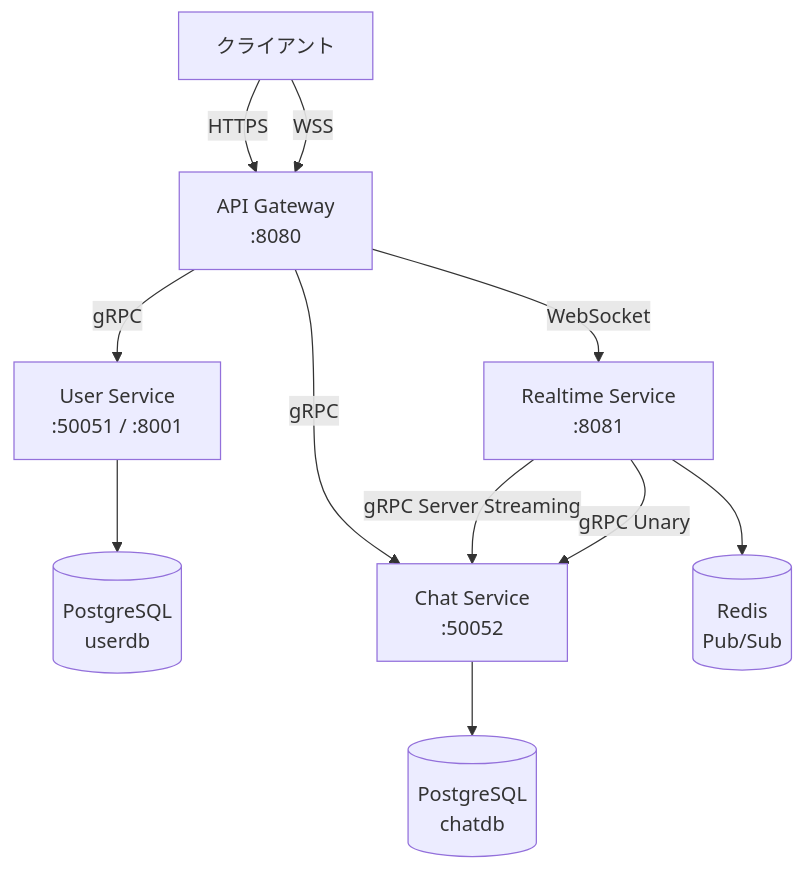
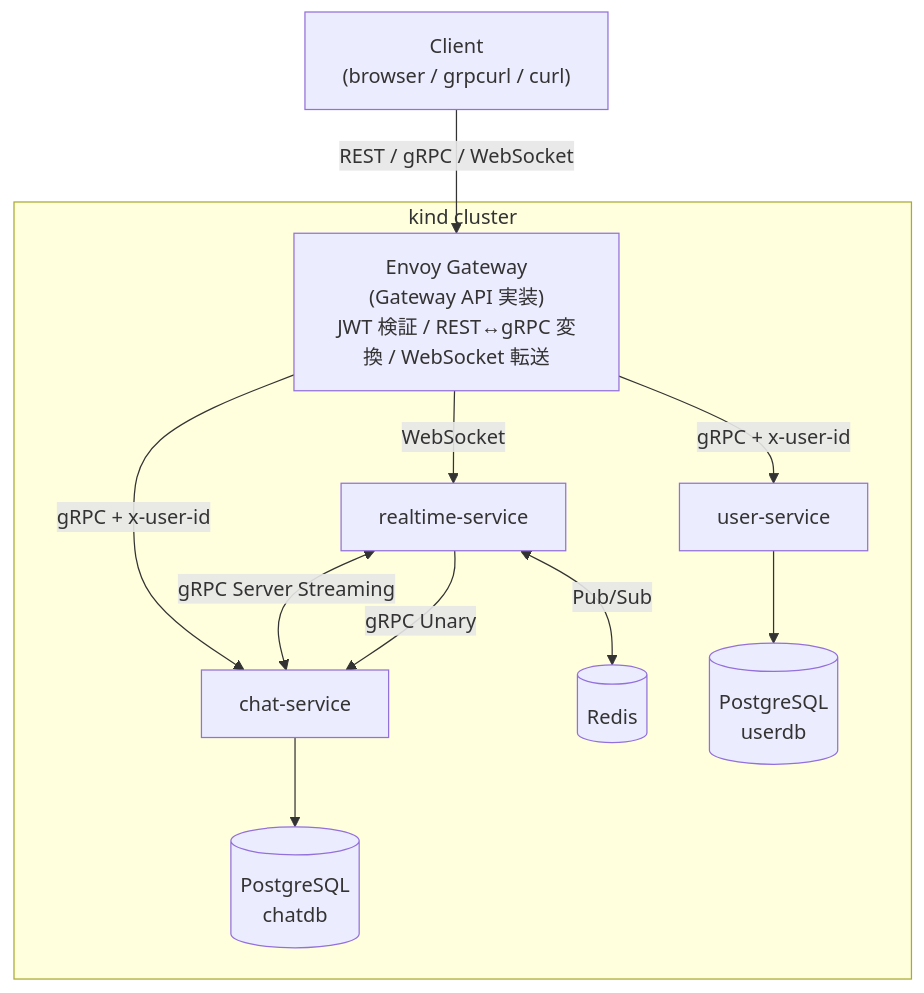
The diagram in README.md (shunto-ishiguro/go-microservices-chat), drawn with Mermaid before and after one commit. The commit also changed other lines of this file, not shown here.

````diff
--- a/README.md
+++ b/README.md
@@ -42,16 +43,19 @@
 ```mermaid
 graph TD
-    Client["クライアント"] -->|HTTPS| GW["API Gateway<br/>:8080"]
-    Client -->|WSS| GW
+    Client["Client<br/>(browser / grpcurl / curl)"] -->|REST / gRPC / WebSocket| EG
 
-    GW -->|gRPC| US["User Service<br/>:50051 / :8001"]
-    GW -->|gRPC| CS["Chat Service<br/>:50052"]
-    GW -->|WebSocket| RS["Realtime Service<br/>:8081"]
+    subgraph "kind cluster"
+      EG["Envoy Gateway<br/>(Gateway API 実装)<br/>JWT 検証 / REST↔gRPC 変換 / WebSocket 転送"]
 
-    RS -->|gRPC Server Streaming| CS
-    RS -->|gRPC Unary| CS
+      EG -->|gRPC + x-user-id| US["user-service"]
+      EG -->|gRPC + x-user-id| CS["chat-service"]
+      EG -->|WebSocket| RS["realtime-service"]
 
-    US --> PG1[("PostgreSQL<br/>userdb")]
-    CS --> PG2[("PostgreSQL<br/>chatdb")]
-    RS --> Redis[("Redis<br/>Pub/Sub")]
+      RS <-->|gRPC Server Streaming| CS
+      RS -->|gRPC Unary| CS
+      RS <-->|Pub/Sub| Redis[("Redis")]
+
+      US --> PG1[("PostgreSQL<br/>userdb")]
+      CS --> PG2[("PostgreSQL<br/>chatdb")]
+    end
 ```
````
